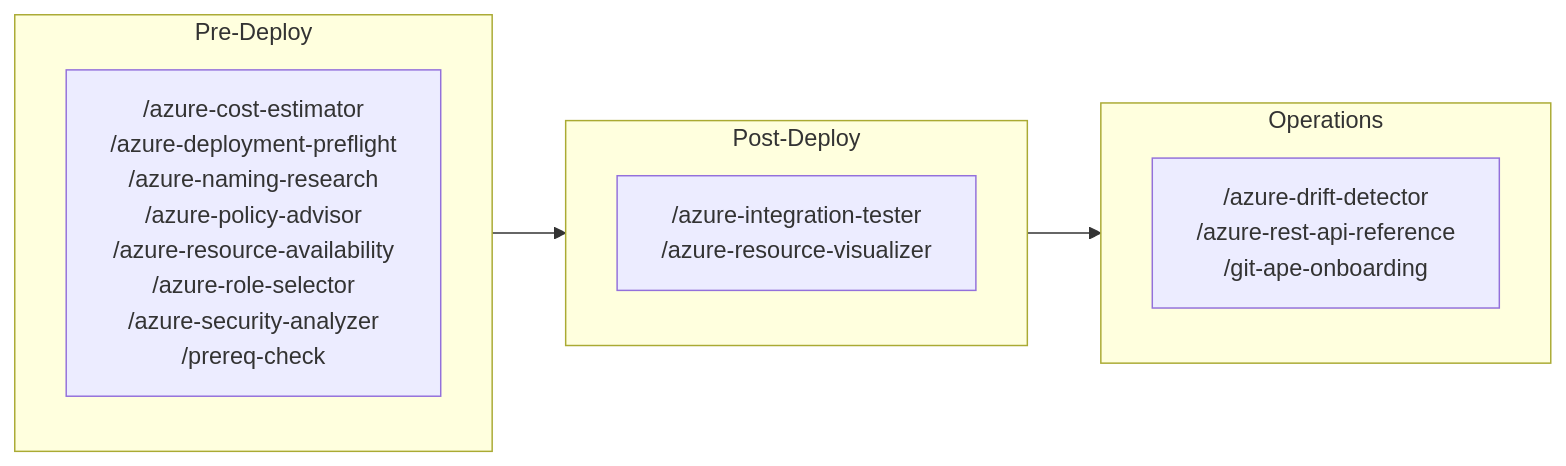
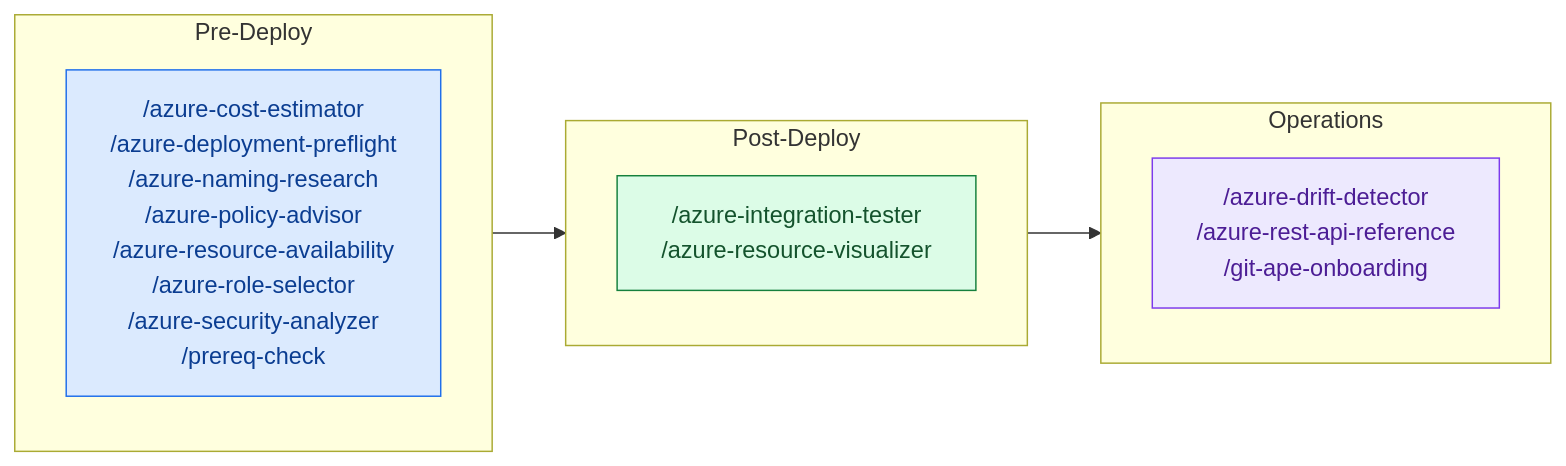
One commit to Azure/git-ape changed the diagram in website/docs/skills/overview.md. Above: the diagram before and after it, drawn with Mermaid. The commit also changed 48 other files, not shown here.

First line of the commit message:
docs(website): manifesto-aligned rewrite, deploy-anything, mermaid zoom + colors

````diff
--- a/website/docs/skills/overview.md
+++ b/website/docs/skills/overview.md
@@ -45,13 +45,20 @@
 ```mermaid
 graph LR
     subgraph Pre["Pre-Deploy"]
         S1["/azure-cost-estimator\n/azure-deployment-preflight\n/azure-naming-research\n/azure-policy-advisor\n/azure-resource-availability\n/azure-role-selector\n/azure-security-analyzer\n/prereq-check"]
     end
     subgraph Post["Post-Deploy"]
         S2["/azure-integration-tester\n/azure-resource-visualizer"]
     end
     subgraph Ops["Operations"]
         S3["/azure-drift-detector\n/azure-rest-api-reference\n/git-ape-onboarding"]
     end
     Pre --> Post --> Ops
+
+    classDef pre fill:#dbeafe,stroke:#1f6feb,stroke-width:1px,color:#0b3d91
+    classDef post fill:#dcfce7,stroke:#15803d,stroke-width:1px,color:#14532d
+    classDef ops fill:#ede9fe,stroke:#7c3aed,stroke-width:1px,color:#4c1d95
+    class S1 pre
+    class S2 post
+    class S3 ops
 ```
````
